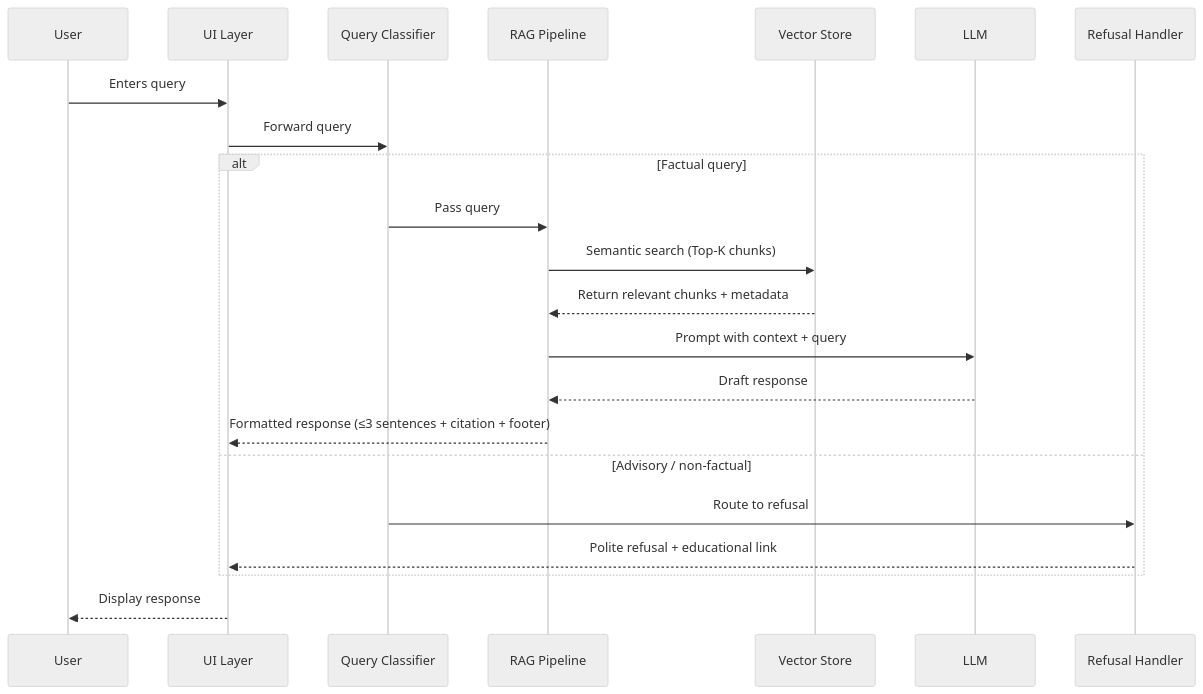
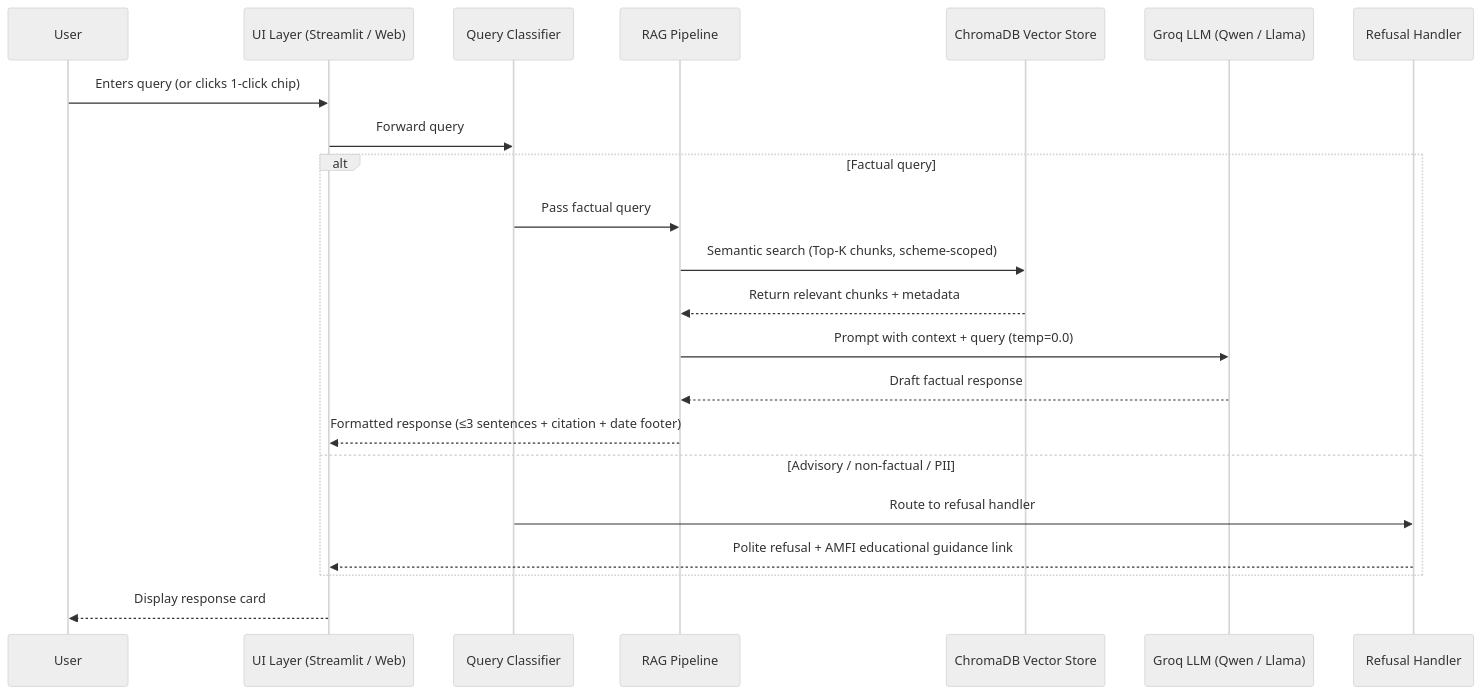
The fifth of 6 diagrams in Docs/architecture.md (lohith307/MutualFund-Nextleap), drawn with Mermaid (neutral theme) before and after one commit. The commit also changed other lines of this file and 6 other files, not shown here.

````diff
--- a/Docs/architecture.md
+++ b/Docs/architecture.md
@@ -155,25 +184,25 @@
 ```mermaid
 sequenceDiagram
     participant U as User
-    participant UI as UI Layer
+    participant UI as UI Layer (Streamlit / Web)
     participant QC as Query Classifier
     participant RAG as RAG Pipeline
-    participant VS as Vector Store
-    participant LLM as LLM
+    participant VS as ChromaDB Vector Store
+    participant LLM as Groq LLM (Qwen / Llama)
     participant RF as Refusal Handler
 
-    U->>UI: Enters query
+    U->>UI: Enters query (or clicks 1-click chip)
     UI->>QC: Forward query
     alt Factual query
-        QC->>RAG: Pass query
-        RAG->>VS: Semantic search (Top-K chunks)
+        QC->>RAG: Pass factual query
+        RAG->>VS: Semantic search (Top-K chunks, scheme-scoped)
         VS-->>RAG: Return relevant chunks + metadata
-        RAG->>LLM: Prompt with context + query
-        LLM-->>RAG: Draft response
-        RAG-->>UI: Formatted response (≤3 sentences + citation + footer)
-    else Advisory / non-factual
-        QC->>RF: Route to refusal
-        RF-->>UI: Polite refusal + educational link
+        RAG->>LLM: Prompt with context + query (temp=0.0)
+        LLM-->>RAG: Draft factual response
+        RAG-->>UI: Formatted response (≤3 sentences + citation + date footer)
+    else Advisory / non-factual / PII
+        QC->>RF: Route to refusal handler
+        RF-->>UI: Polite refusal + AMFI educational guidance link
     end
-    UI-->>U: Display response
+    UI-->>U: Display response card
 ```
````
